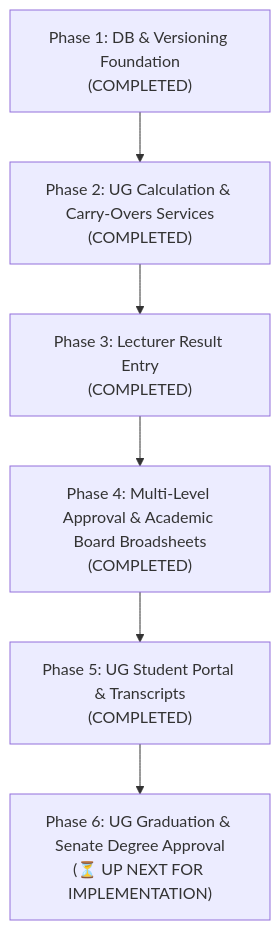
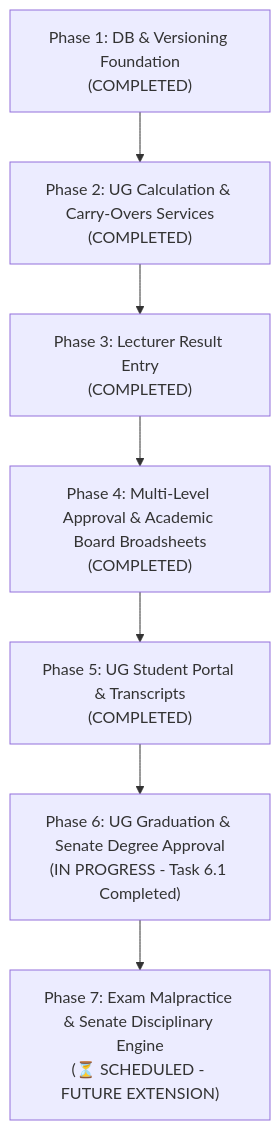
Before and after one commit to bashyauri/admission: the diagram in result_processing_agent_phases.md, drawn with Mermaid. The commit also changed other lines of this file and 13 other files, not shown here.

````diff
--- a/result_processing_agent_phases.md
+++ b/result_processing_agent_phases.md
@@ -25,8 +25,9 @@
 ```mermaid
 graph TD
     P1["Phase 1: DB & Versioning Foundation<br/>(COMPLETED)"] --> P2["Phase 2: UG Calculation & Carry-Overs Services<br/>(COMPLETED)"]
     P2 --> P3["Phase 3: Lecturer Result Entry<br/>(COMPLETED)"]
     P3 --> P4["Phase 4: Multi-Level Approval & Academic Board Broadsheets<br/>(COMPLETED)"]
     P4 --> P5["Phase 5: UG Student Portal & Transcripts<br/>(COMPLETED)"]
-    P5 --> P6["Phase 6: UG Graduation & Senate Degree Approval<br/>(⏳ UP NEXT FOR IMPLEMENTATION)"]
+    P5 --> P6["Phase 6: UG Graduation & Senate Degree Approval<br/>(IN PROGRESS - Task 6.1 Completed)"]
+    P6 --> P7["Phase 7: Exam Malpractice & Senate Disciplinary Engine<br/>(⏳ SCHEDULED - FUTURE EXTENSION)"]
 ```
````
